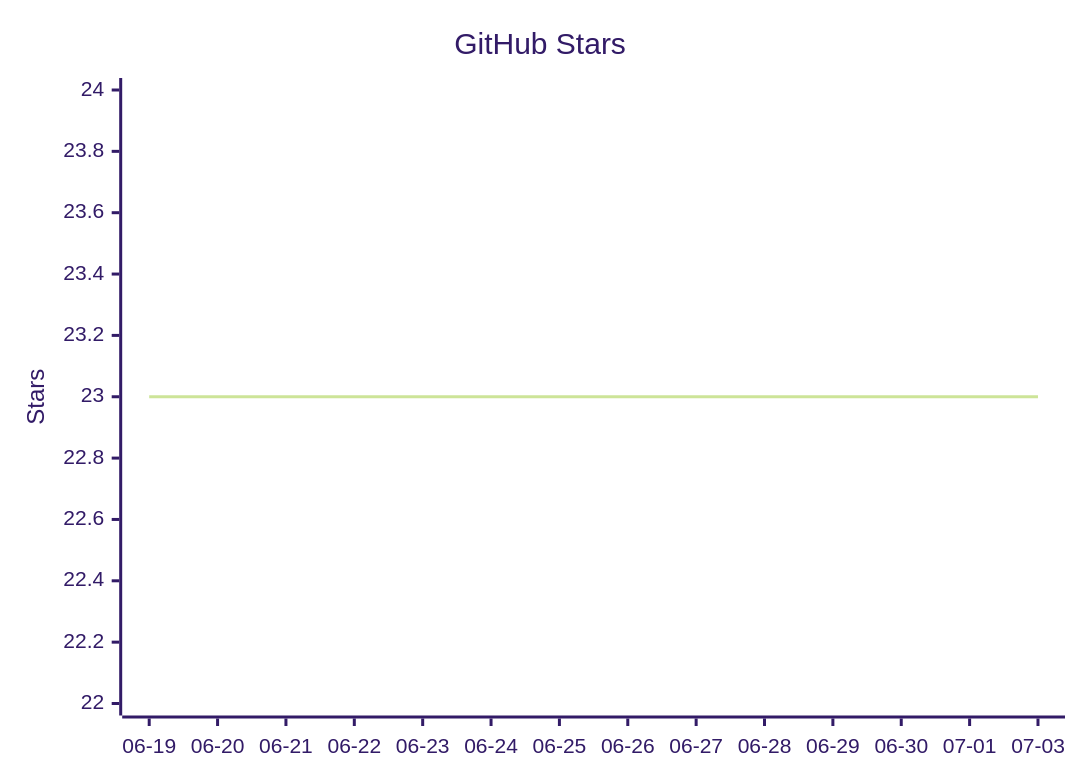
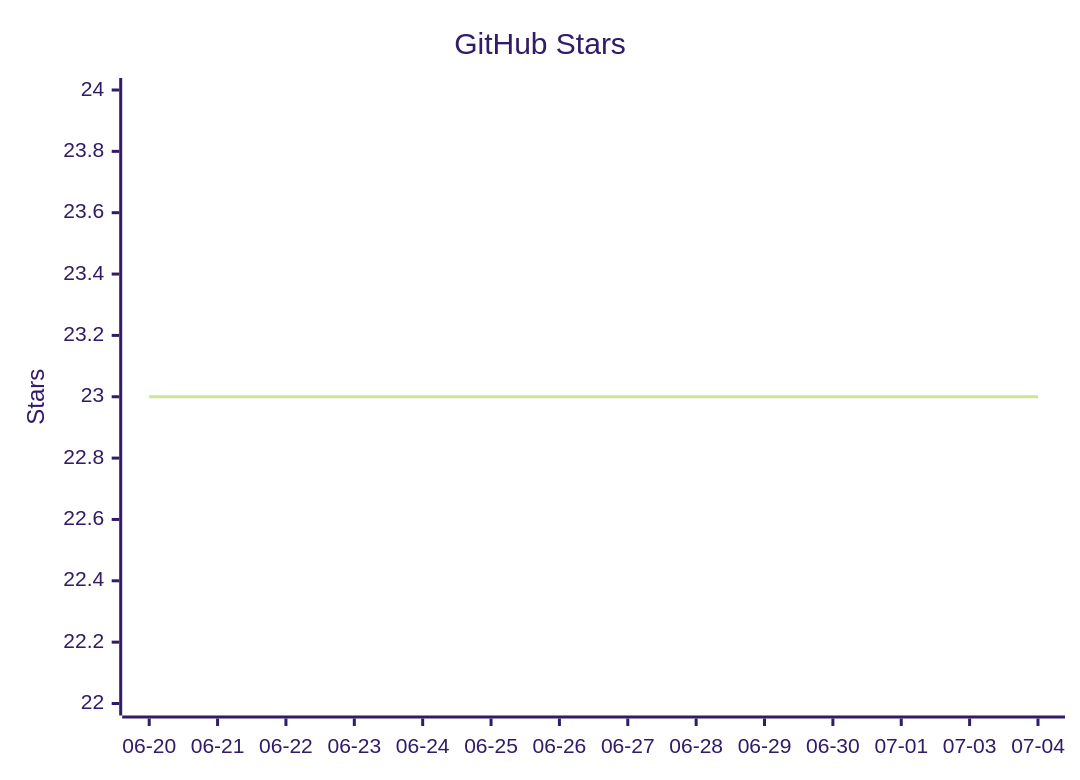
Before and after one commit to vectie/moonclaw: the diagram in README.mbt.md, drawn with Mermaid (forest theme). The commit also changed other lines of this file and 1 other file, not shown here.

Commit message:
Update README star growth

````diff
--- a/README.mbt.md
+++ b/README.mbt.md
@@ -616,7 +616,7 @@
 ```mermaid
 xychart-beta
     title "GitHub Stars"
-    x-axis ["06-19","06-20","06-21","06-22","06-23","06-24","06-25","06-26","06-27","06-28","06-29","06-30","07-01","07-03"]
+    x-axis ["06-20","06-21","06-22","06-23","06-24","06-25","06-26","06-27","06-28","06-29","06-30","07-01","07-03","07-04"]
     y-axis "Stars" 22 --> 24
     line [23,23,23,23,23,23,23,23,23,23,23,23,23,23]
 ```
````
